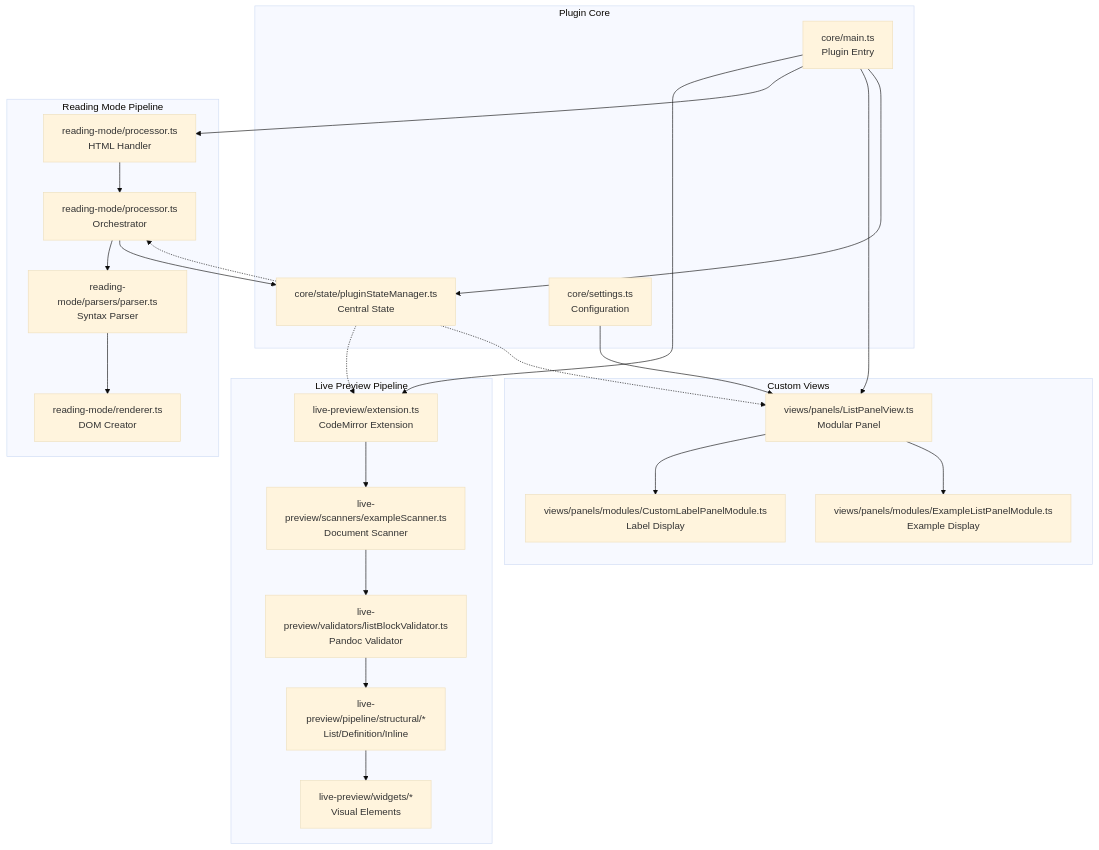
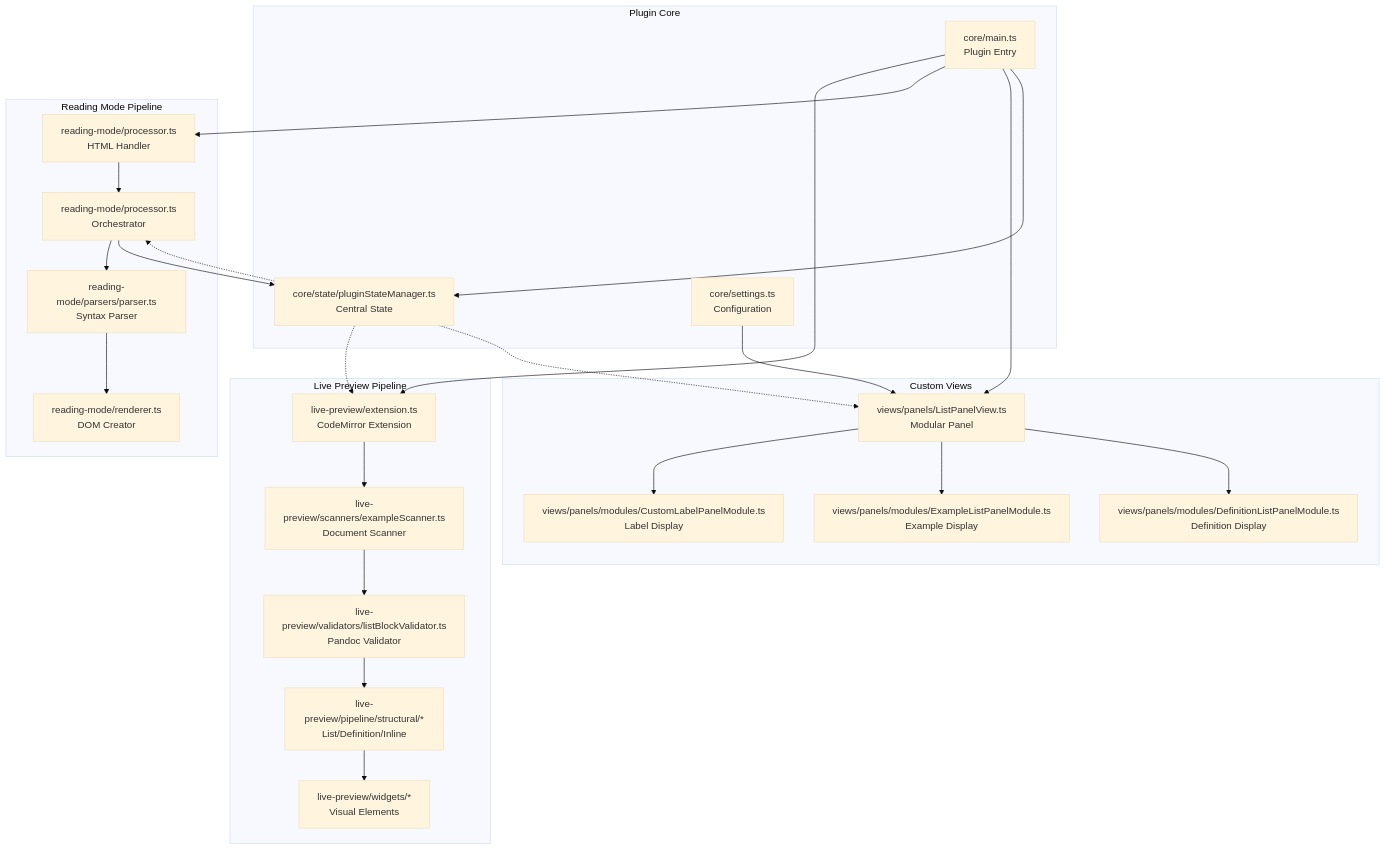
Before and after one commit to ErrorTzy/obsidian-pandoc-extended-markdown: the first of 8 diagrams in ARCHITECTURE.md, drawn with Mermaid (base theme). The commit also changed other lines of this file and 11 other files, not shown here.

First line of the commit message:
feat: add Definition List panel view with full rendering support

````diff
--- a/ARCHITECTURE.md
+++ b/ARCHITECTURE.md
@@ -158,52 +161,54 @@
 ```mermaid
 graph TB
     subgraph "Plugin Core"
         Main[core/main.ts<br/>Plugin Entry]
         SM[core/state/pluginStateManager.ts<br/>Central State]
         Settings[core/settings.ts<br/>Configuration]
     end
     
     subgraph "Live Preview Pipeline"
         CMExt[live-preview/extension.ts<br/>CodeMirror Extension]
         Scanner[live-preview/scanners/exampleScanner.ts<br/>Document Scanner]
         Validator[live-preview/validators/listBlockValidator.ts<br/>Pandoc Validator]
         Processors[live-preview/pipeline/structural/*<br/>List/Definition/Inline]
         Widgets[live-preview/widgets/*<br/>Visual Elements]
     end
     
     subgraph "Reading Mode Pipeline"
         PostProc[reading-mode/processor.ts<br/>HTML Handler]
         RMProc[reading-mode/processor.ts<br/>Orchestrator]
         Parser[reading-mode/parsers/parser.ts<br/>Syntax Parser]
         Renderer[reading-mode/renderer.ts<br/>DOM Creator]
     end
     
     subgraph "Custom Views"
         LPView[views/panels/ListPanelView.ts<br/>Modular Panel]
         CLPanel[views/panels/modules/CustomLabelPanelModule.ts<br/>Label Display]
         ELPanel[views/panels/modules/ExampleListPanelModule.ts<br/>Example Display]
+        DLPanel[views/panels/modules/DefinitionListPanelModule.ts<br/>Definition Display]
     end
     
     Main --> CMExt
     Main --> PostProc
     Main --> LPView
     LPView --> CLPanel
     LPView --> ELPanel
+    LPView --> DLPanel
     Main --> SM
     Settings --> LPView
     
     CMExt --> Scanner
     Scanner --> Validator
     Validator --> Processors
     Processors --> Widgets
     
     PostProc --> RMProc
     RMProc --> Parser
     RMProc --> SM
     Parser --> Renderer
     
     SM -.-> CMExt
     SM -.-> RMProc
     SM -.-> LPView
     
 ```
````
